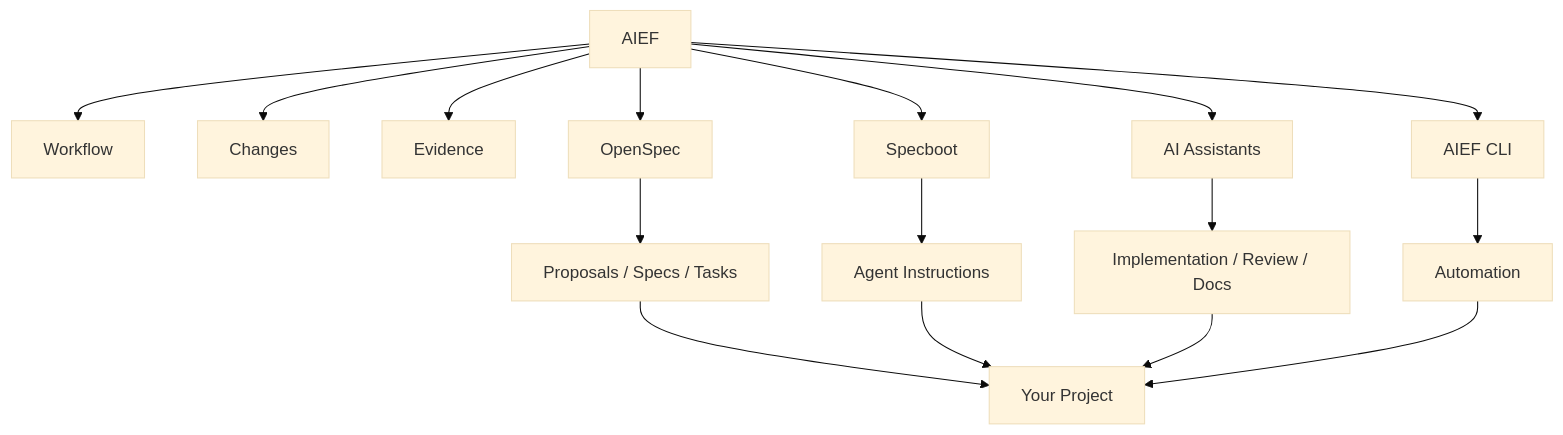
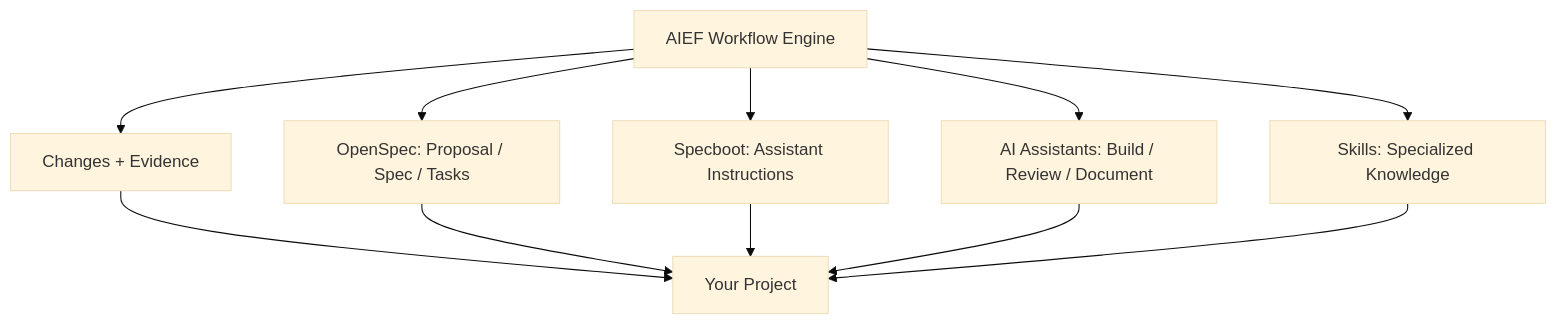
Before and after one commit to avazquezmaza/aief-next: the diagram in README.md, drawn with Mermaid (base theme). The commit also changed other lines of this file and 13 other files, not shown here.

````diff
--- a/README.md
+++ b/README.md
@@ -44,21 +50,13 @@
 ```mermaid
 flowchart TD
-    A[AIEF] --> B[Workflow]
-    A --> C[Changes]
-    A --> D[Evidence]
-
-    A --> E[OpenSpec]
-    A --> F[Specboot]
-    A --> G[AI Assistants]
-    A --> H[AIEF CLI]
-
-    E --> I[Proposals / Specs / Tasks]
-    F --> J[Agent Instructions]
-    G --> K[Implementation / Review / Docs]
-    H --> L[Automation]
-
-    I --> M[Your Project]
-    J --> M
-    K --> M
-    L --> M
+    A[AIEF Workflow Engine] --> B[Changes + Evidence]
+    A --> C[OpenSpec: Proposal / Spec / Tasks]
+    A --> D[Specboot: Assistant Instructions]
+    A --> E[AI Assistants: Build / Review / Document]
+    A --> F[Skills: Specialized Knowledge]
+    B --> M[Your Project]
+    C --> M
+    D --> M
+    E --> M
+    F --> M
 ```
````
